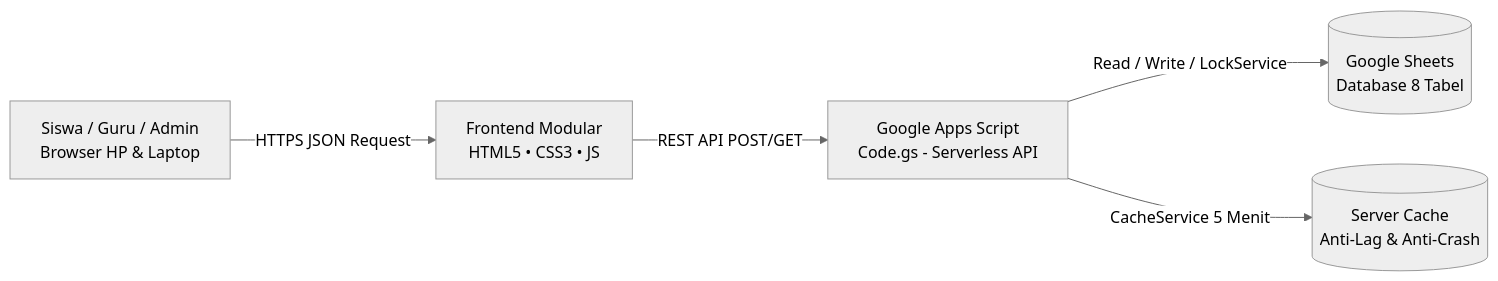
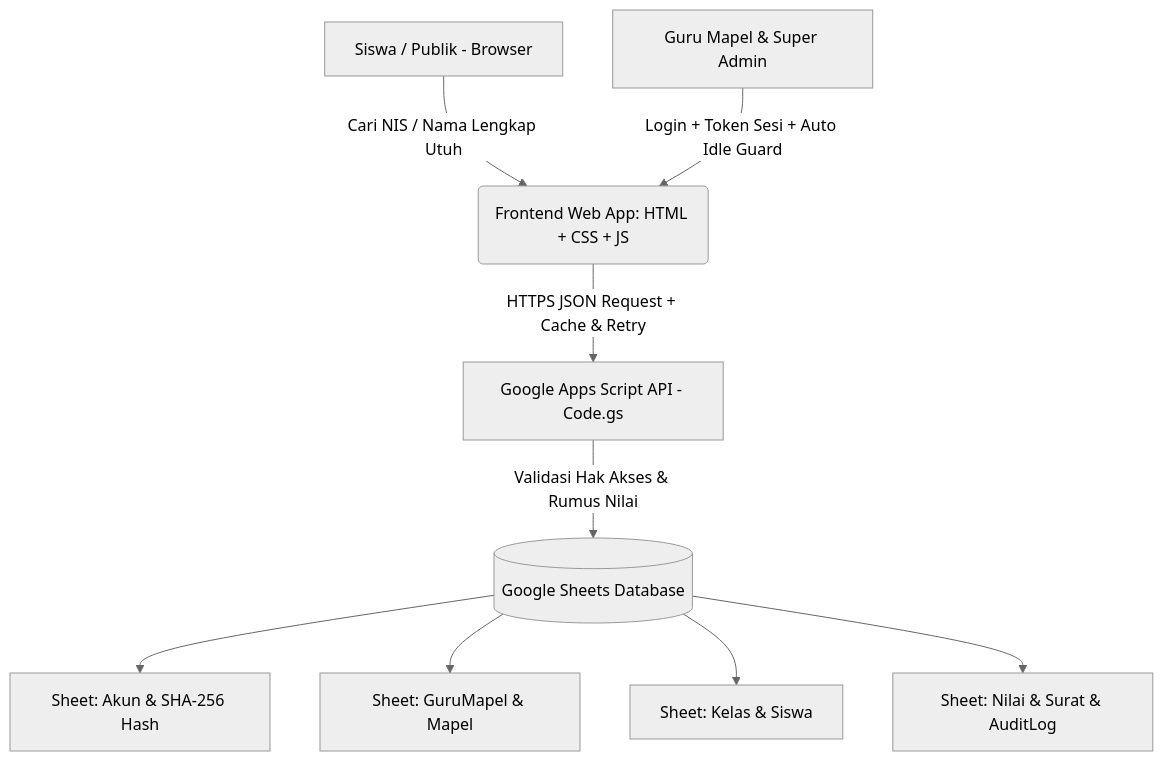
The first of 2 diagrams in README.md (IlhamSancez20/Portal-Penilaian-Akhir), drawn with Mermaid (neutral theme) before and after one commit. The commit also changed other lines of this file, not shown here.

````diff
--- a/README.md
+++ b/README.md
@@ -109,7 +70,11 @@
 ```mermaid
-flowchart LR
-    A[Siswa / Guru / Admin<br/>Browser HP & Laptop] -->|HTTPS JSON Request| B[Frontend Modular<br/>HTML5 • CSS3 • JS]
-    B -->|REST API POST/GET| C[Google Apps Script<br/>Code.gs - Serverless API]
-    C -->|Read / Write / LockService| D[(Google Sheets<br/>Database 8 Tabel)]
-    C -->|CacheService 5 Menit| E[(Server Cache<br/>Anti-Lag & Anti-Crash)]
+graph TD
+    A[Siswa / Publik - Browser] -->|Cari NIS / Nama Lengkap Utuh| B(Frontend Web App: HTML + CSS + JS)
+    C[Guru Mapel & Super Admin] -->|Login + Token Sesi + Auto Idle Guard| B
+    B -->|HTTPS JSON Request + Cache & Retry| D[Google Apps Script API - Code.gs]
+    D -->|Validasi Hak Akses & Rumus Nilai| E[(Google Sheets Database)]
+    E --> E1[Sheet: Akun & SHA-256 Hash]
+    E --> E2[Sheet: GuruMapel & Mapel]
+    E --> E3[Sheet: Kelas & Siswa]
+    E --> E4[Sheet: Nilai & Surat & AuditLog]
 ```
````
